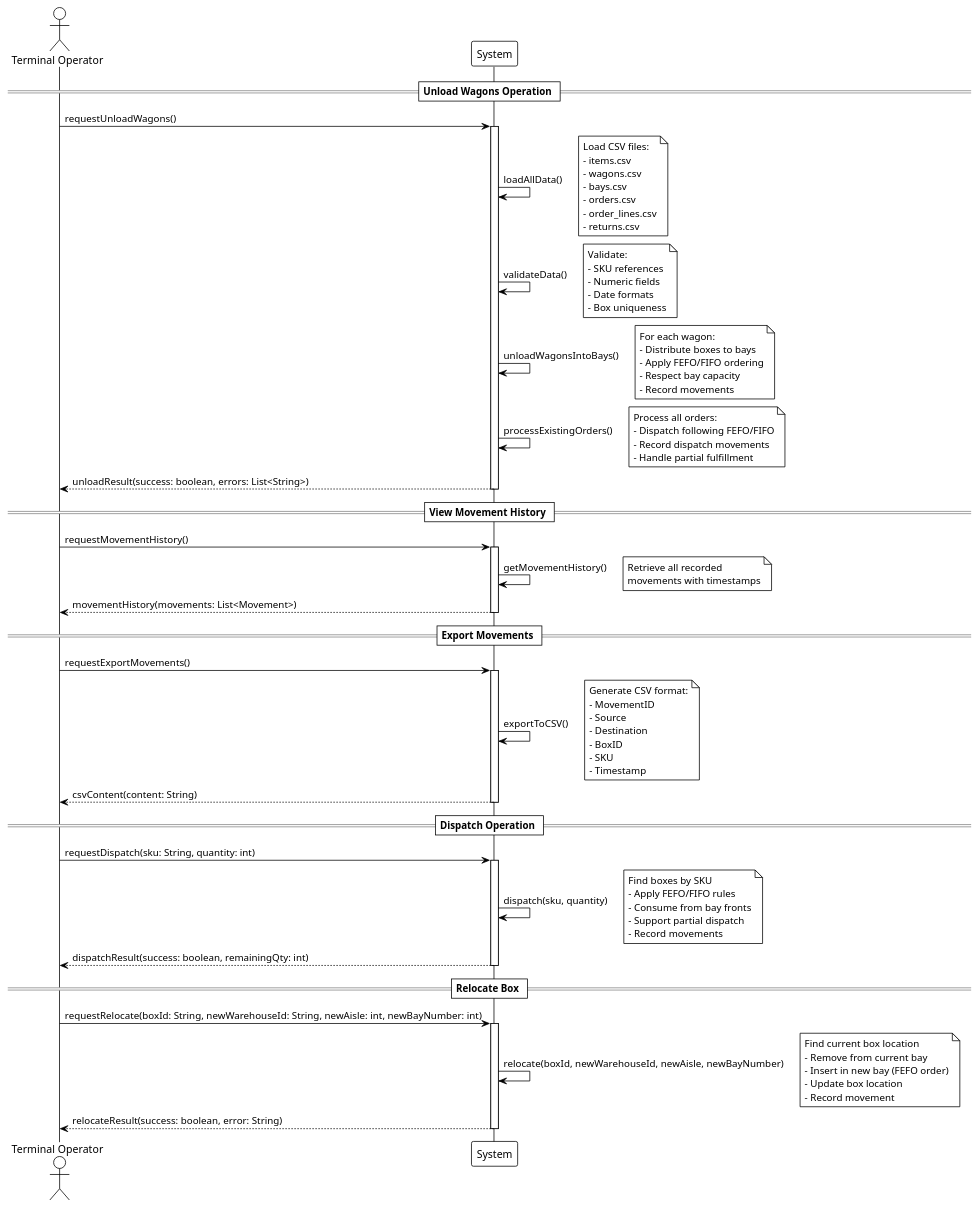
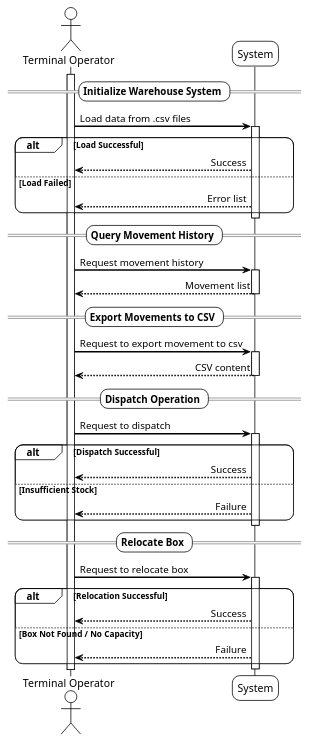
The diagram in doc/sprint-1/usei01/01. requirements-engineering/puml/USEI01-SSD.puml (ivasduarte/logistics-on-rails), drawn with PlantUML before and after one commit. The commit also changed 9 other files, not shown here.

```diff
--- a/doc/sprint-1/usei01/01. requirements-engineering/puml/USEI01-SSD.puml
+++ b/doc/sprint-1/usei01/01. requirements-engineering/puml/USEI01-SSD.puml
@@ -1,71 +1,66 @@
 @startuml
 !theme plain
+skinparam sequenceArrowThickness 2
+skinparam roundcorner 20
+skinparam sequenceMessageAlign direction
 
 actor "Terminal Operator" as Operator
 participant "System" as System
 
-== Unload Wagons Operation ==
+== Initialize Warehouse System ==
 
-Operator -> System: requestUnloadWagons()
+activate Operator
+Operator -> System: Load data from .csv files
 activate System
 
-System -> System: loadAllData()
-note right: Load CSV files:\n- items.csv\n- wagons.csv\n- bays.csv\n- orders.csv\n- order_lines.csv\n- returns.csv
+alt Load Successful
+    System --> Operator: Success
+else Load Failed
+    System --> Operator: Error list
+end
 
-System -> System: validateData()
-note right: Validate:\n- SKU references\n- Numeric fields\n- Date formats\n- Box uniqueness
-
-System -> System: unloadWagonsIntoBays()
-note right: For each wagon:\n- Distribute boxes to bays\n- Apply FEFO/FIFO ordering\n- Respect bay capacity\n- Record movements
-
-System -> System: processExistingOrders()
-note right: Process all orders:\n- Dispatch following FEFO/FIFO\n- Record dispatch movements\n- Handle partial fulfillment
-
-System --> Operator: unloadResult(success: boolean, errors: List<String>)
 deactivate System
 
-== View Movement History ==
+== Query Movement History ==
 
-Operator -> System: requestMovementHistory()
+Operator -> System: Request movement history
 activate System
 
-System -> System: getMovementHistory()
-note right: Retrieve all recorded\nmovements with timestamps
-
-System --> Operator: movementHistory(movements: List<Movement>)
+System --> Operator: Movement list
 deactivate System
 
-== Export Movements ==
+== Export Movements to CSV ==
 
-Operator -> System: requestExportMovements()
+Operator -> System: Request to export movement to csv
 activate System
 
-System -> System: exportToCSV()
-note right: Generate CSV format:\n- MovementID\n- Source\n- Destination\n- BoxID\n- SKU\n- Timestamp
-
-System --> Operator: csvContent(content: String)
+System --> Operator: CSV content
 deactivate System
 
 == Dispatch Operation ==
 
-Operator -> System: requestDispatch(sku: String, quantity: int)
+Operator -> System: Request to dispatch
 activate System
 
-System -> System: dispatch(sku, quantity)
-note right: Find boxes by SKU\n- Apply FEFO/FIFO rules\n- Consume from bay fronts\n- Support partial dispatch\n- Record movements
+alt Dispatch Successful
+    System --> Operator: Success
+else Insufficient Stock
+    System --> Operator: Failure
+end
 
-System --> Operator: dispatchResult(success: boolean, remainingQty: int)
 deactivate System
 
 == Relocate Box ==
 
-Operator -> System: requestRelocate(boxId: String, newWarehouseId: String, newAisle: int, newBayNumber: int)
+Operator -> System: Request to relocate box
 activate System
 
-System -> System: relocate(boxId, newWarehouseId, newAisle, newBayNumber)
-note right: Find current box location\n- Remove from current bay\n- Insert in new bay (FEFO order)\n- Update box location\n- Record movement
+alt Relocation Successful
+    System --> Operator: Success
+else Box Not Found / No Capacity
+    System --> Operator: Failure
+end
 
-System --> Operator: relocateResult(success: boolean, error: String)
 deactivate System
 
 @enduml
```
